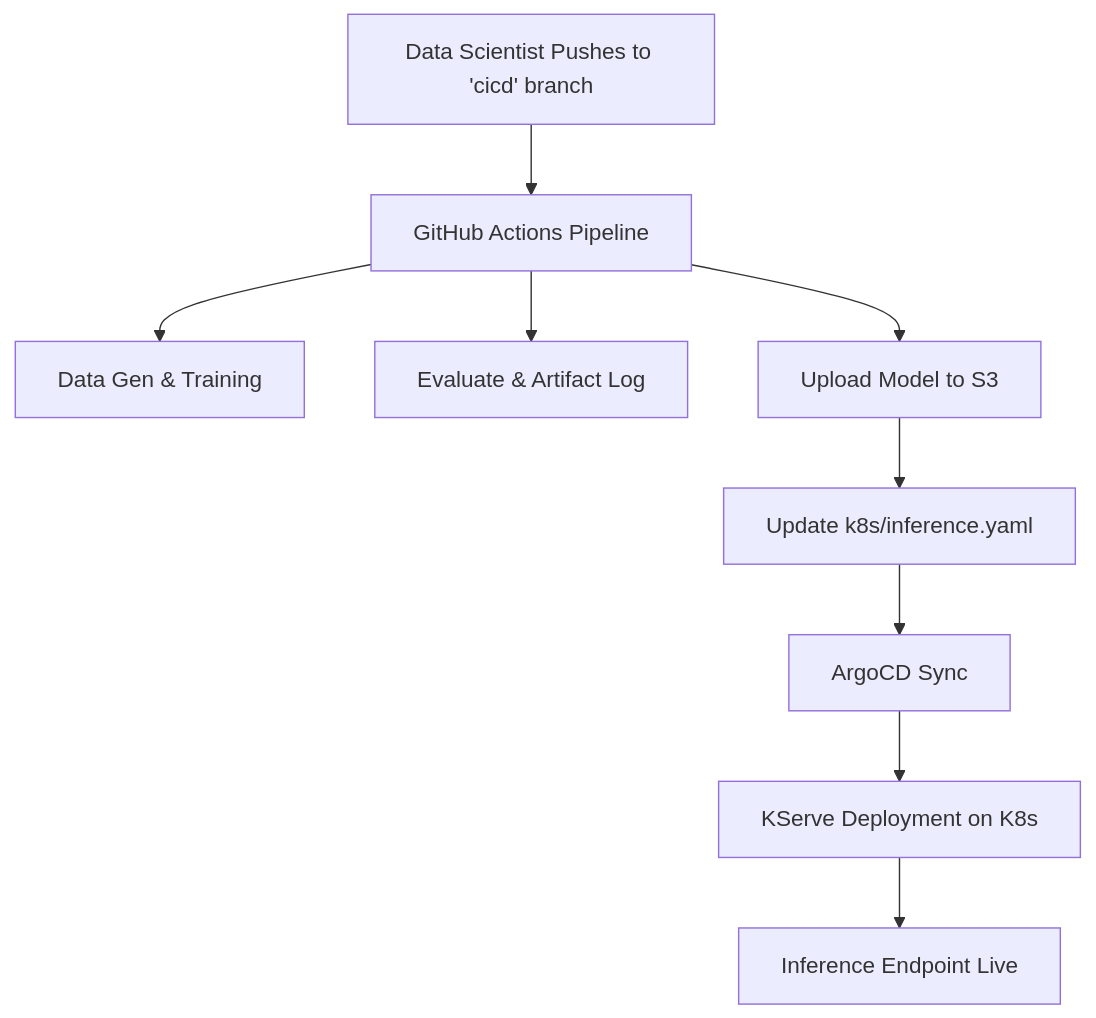
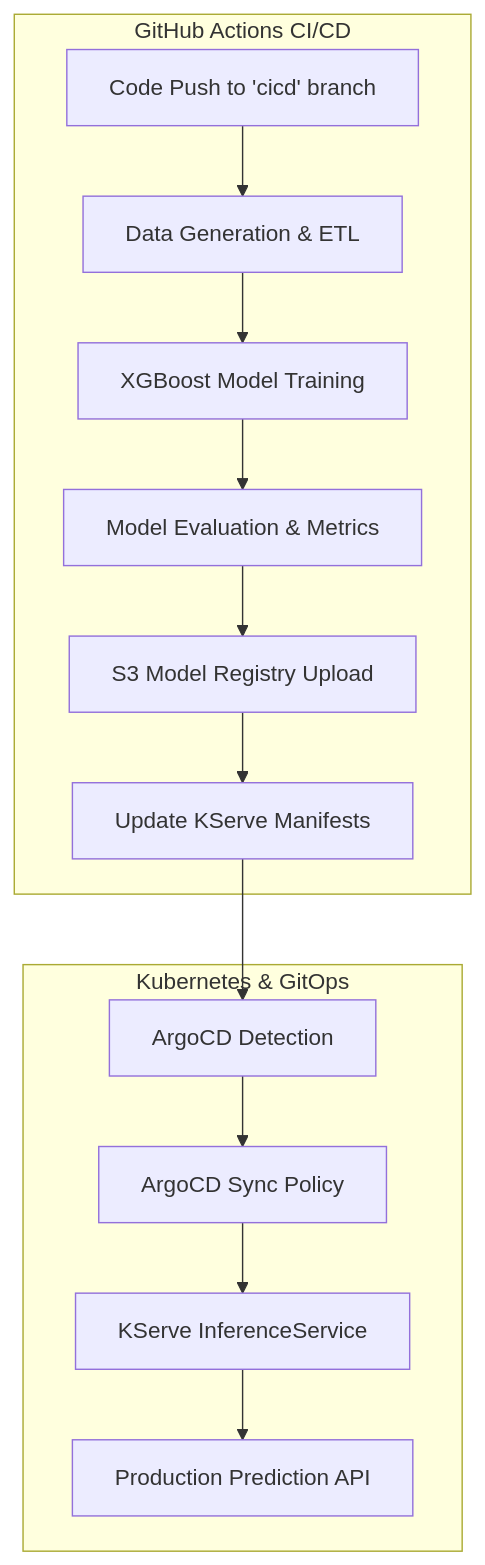
The diagram in README.md (bittush8789/credit-risk-ai-underwriting), drawn with Mermaid before and after one commit. The commit also changed other lines of this file, not shown here.

````diff
--- a/README.md
+++ b/README.md
@@ -8,11 +23,17 @@
 ```mermaid
 graph TD
-    A[Data Scientist Pushes to 'cicd' branch] --> B[GitHub Actions Pipeline]
-    B --> C[Data Gen & Training]
-    B --> D[Evaluate & Artifact Log]
-    B --> E[Upload Model to S3]
-    E --> F[Update k8s/inference.yaml]
-    F --> G[ArgoCD Sync]
-    G --> H[KServe Deployment on K8s]
-    H --> I[Inference Endpoint Live]
+    subgraph CI_Pipeline [GitHub Actions CI/CD]
+    A[Code Push to 'cicd' branch] --> B[Data Generation & ETL]
+    B --> C[XGBoost Model Training]
+    C --> D[Model Evaluation & Metrics]
+    D --> E[S3 Model Registry Upload]
+    E --> F[Update KServe Manifests]
+    end
+
+    subgraph GitOps_Deployment [Kubernetes & GitOps]
+    F --> G[ArgoCD Detection]
+    G --> H[ArgoCD Sync Policy]
+    H --> I[KServe InferenceService]
+    I --> J[Production Prediction API]
+    end
 ```
````
